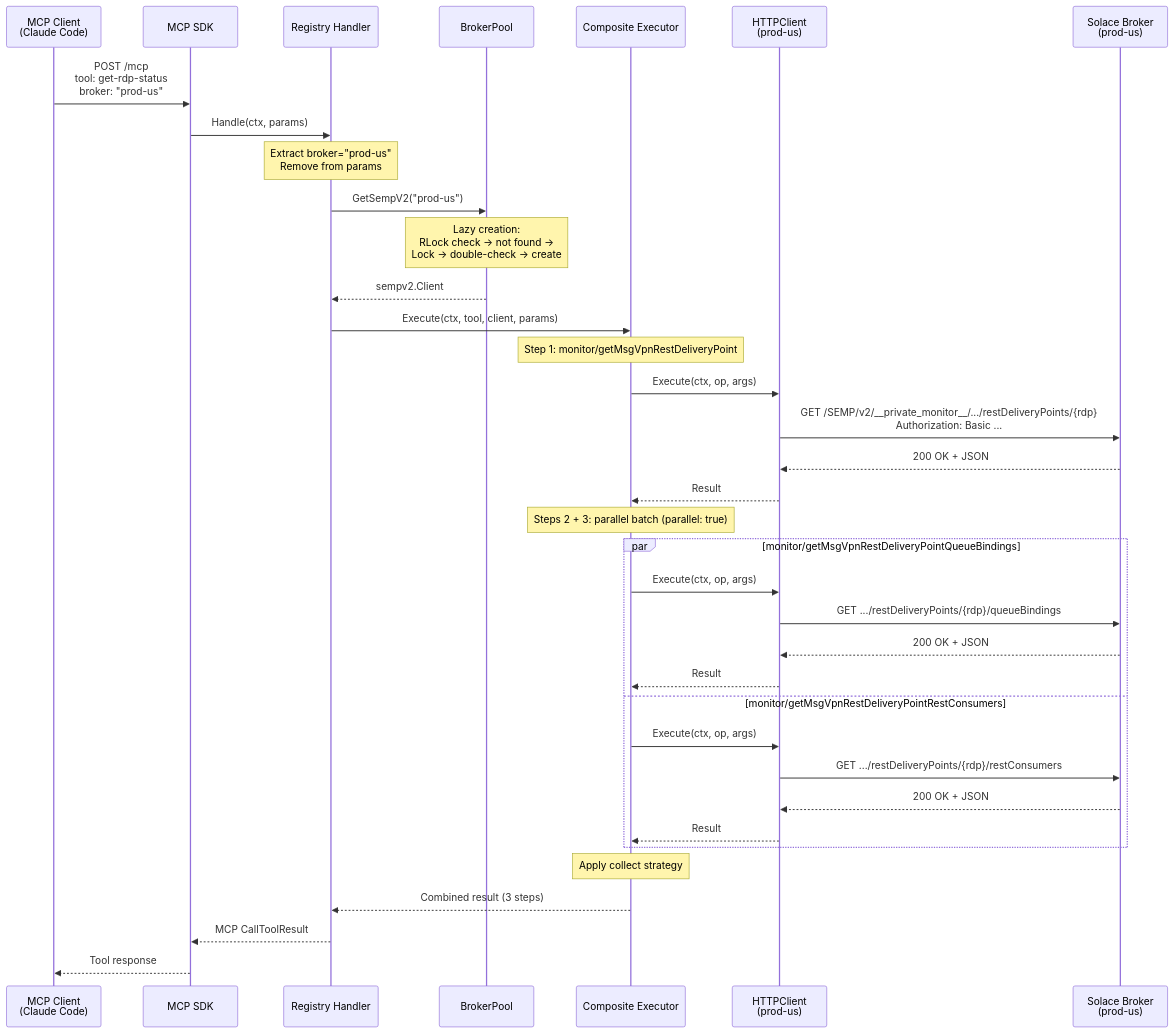
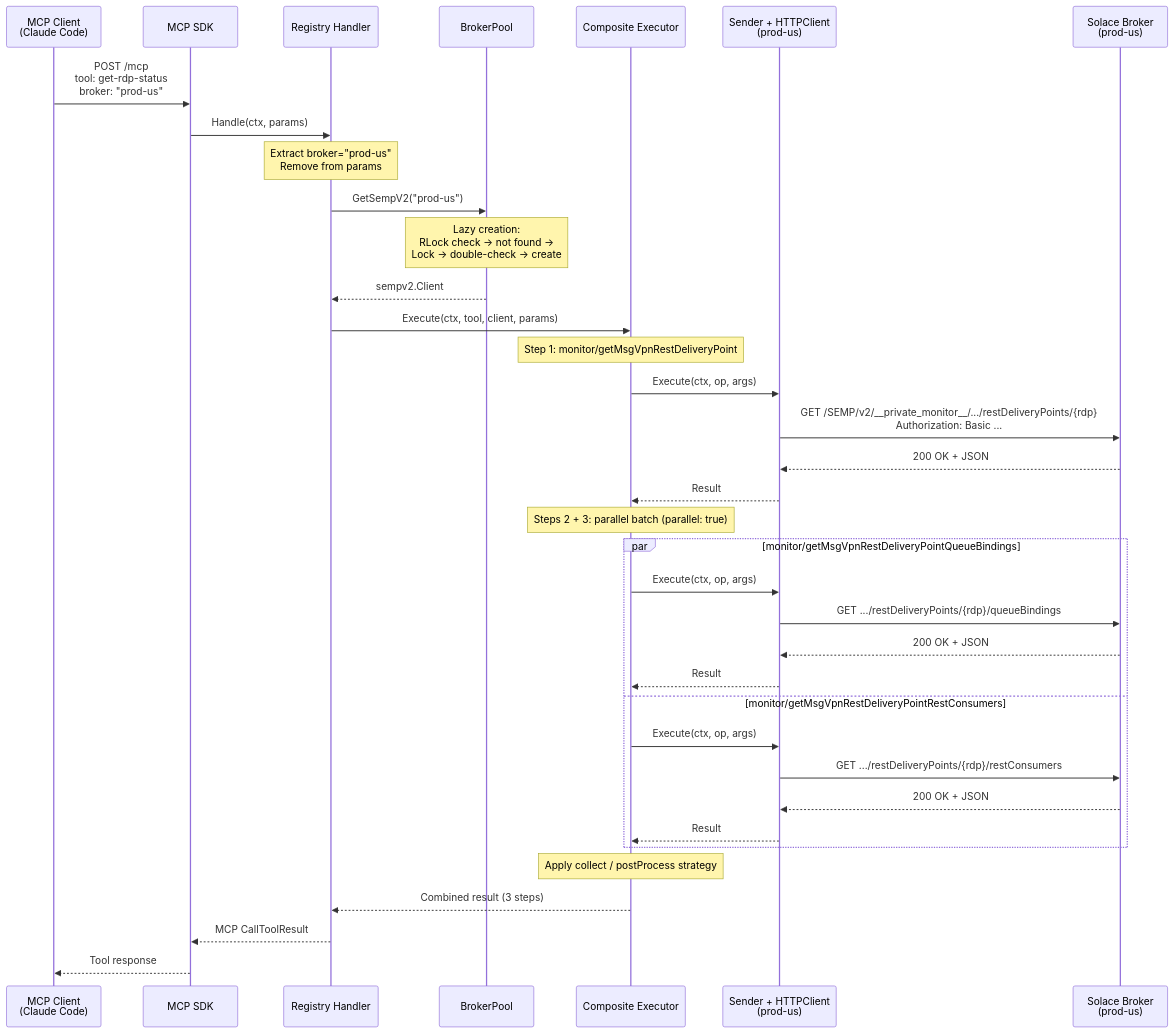
The third of 6 diagrams in docs/internal/architecture.md (SolaceProducts/solace-broker-mcp), drawn with Mermaid before and after one commit. The commit also changed other lines of this file, not shown here.

First line of the commit message:
SOL-150695: Reconcile architecture doc with implemented layers

````diff
--- a/docs/internal/architecture.md
+++ b/docs/internal/architecture.md
@@ -102,44 +214,44 @@
 ```mermaid
 sequenceDiagram
     participant User as MCP Client<br/>(Claude Code)
     participant SDK as MCP SDK
     participant Reg as Registry Handler
     participant Pool as BrokerPool
     participant Exec as Composite Executor
-    participant HC as HTTPClient<br/>(prod-us)
+    participant HC as Sender + HTTPClient<br/>(prod-us)
     participant Broker as Solace Broker<br/>(prod-us)
 
     User->>SDK: POST /mcp<br/>tool: get-rdp-status<br/>broker: "prod-us"
     SDK->>Reg: Handle(ctx, params)
 
     Note over Reg: Extract broker="prod-us"<br/>Remove from params
     Reg->>Pool: GetSempV2("prod-us")
     Note over Pool: Lazy creation:<br/>RLock check → not found →<br/>Lock → double-check → create
     Pool-->>Reg: sempv2.Client
 
     Reg->>Exec: Execute(ctx, tool, client, params)
 
     Note over Exec: Step 1: monitor/getMsgVpnRestDeliveryPoint
     Exec->>HC: Execute(ctx, op, args)
     HC->>Broker: GET /SEMP/v2/__private_monitor__/.../restDeliveryPoints/{rdp}<br/>Authorization: Basic ...
     Broker-->>HC: 200 OK + JSON
     HC-->>Exec: Result
 
     Note over Exec: Steps 2 + 3: parallel batch (parallel: true)
     par monitor/getMsgVpnRestDeliveryPointQueueBindings
         Exec->>HC: Execute(ctx, op, args)
         HC->>Broker: GET .../restDeliveryPoints/{rdp}/queueBindings
         Broker-->>HC: 200 OK + JSON
         HC-->>Exec: Result
     and monitor/getMsgVpnRestDeliveryPointRestConsumers
         Exec->>HC: Execute(ctx, op, args)
         HC->>Broker: GET .../restDeliveryPoints/{rdp}/restConsumers
         Broker-->>HC: 200 OK + JSON
         HC-->>Exec: Result
     end
 
-    Note over Exec: Apply collect strategy
+    Note over Exec: Apply collect / postProcess strategy
     Exec-->>Reg: Combined result (3 steps)
     Reg-->>SDK: MCP CallToolResult
     SDK-->>User: Tool response
 ```
````
